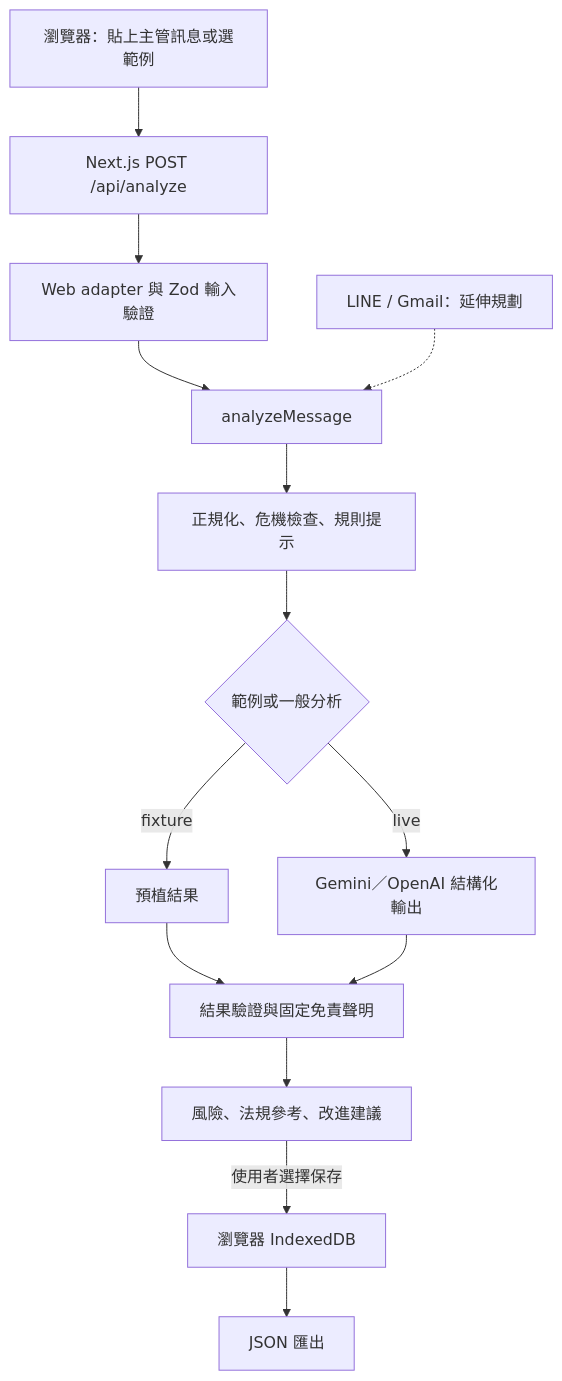
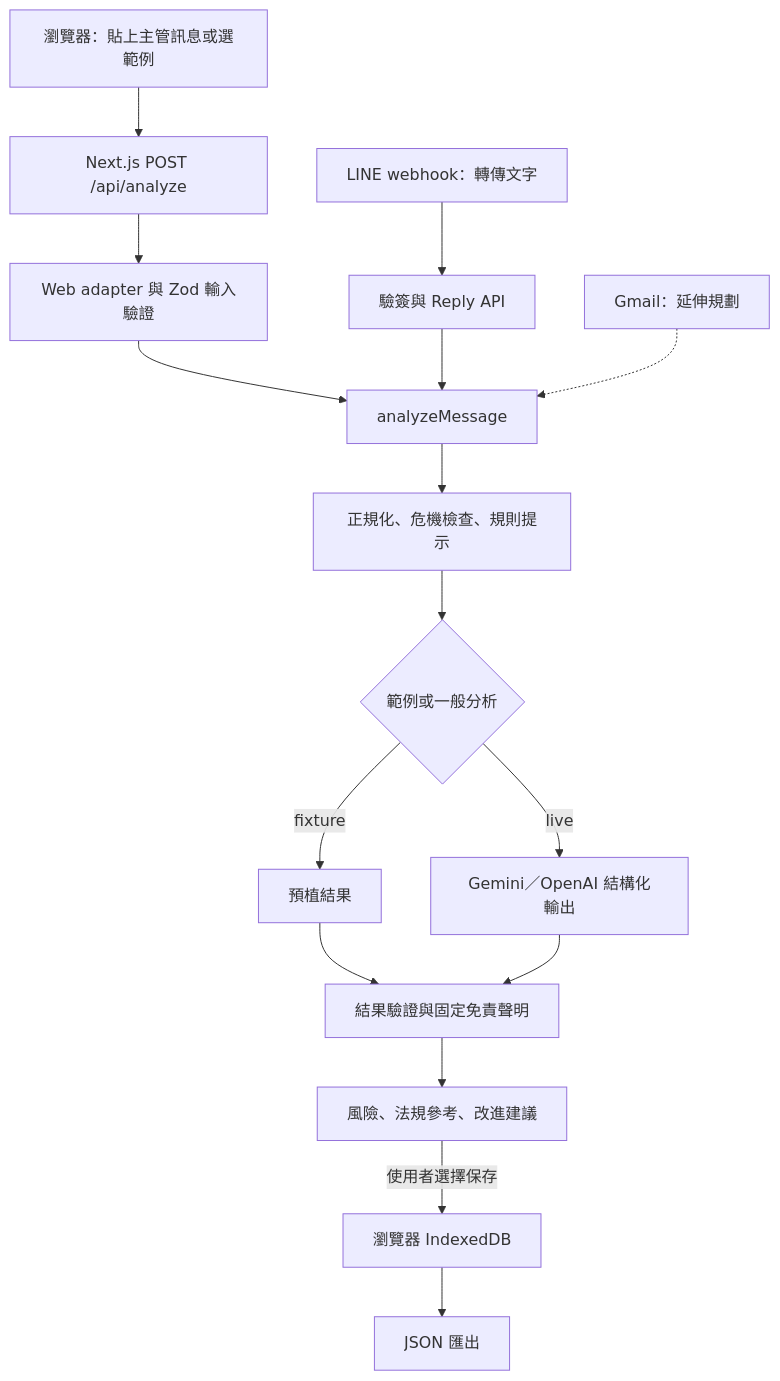
One commit to xs1128/boundkeeper changed the diagram in README.md. Above: the diagram before and after it, drawn with Mermaid. The commit also changed other lines of this file and 5 other files, not shown here.

First line of the commit message:
feat: add LINE Messaging API webhook using the shared analysis core

````diff
--- a/README.md
+++ b/README.md
@@ -40,16 +40,18 @@
 ```mermaid
 flowchart TD
     A[瀏覽器：貼上主管訊息或選範例] --> B[Next.js POST /api/analyze]
     B --> C[Web adapter 與 Zod 輸入驗證]
     C --> D[analyzeMessage]
     D --> E[正規化、危機檢查、規則提示]
     E --> F{範例或一般分析}
     F -->|fixture| G[預植結果]
     F -->|live| H[Gemini／OpenAI 結構化輸出]
     G --> I[結果驗證與固定免責聲明]
     H --> I
     I --> J[風險、法規參考、改進建議]
     J -->|使用者選擇保存| K[瀏覽器 IndexedDB]
     K --> L[JSON 匯出]
-    M[LINE / Gmail：延伸規劃] -.-> D
+    M[LINE webhook：轉傳文字] --> N[驗簽與 Reply API]
+    N --> D
+    O[Gmail：延伸規劃] -.-> D
 ```
````
